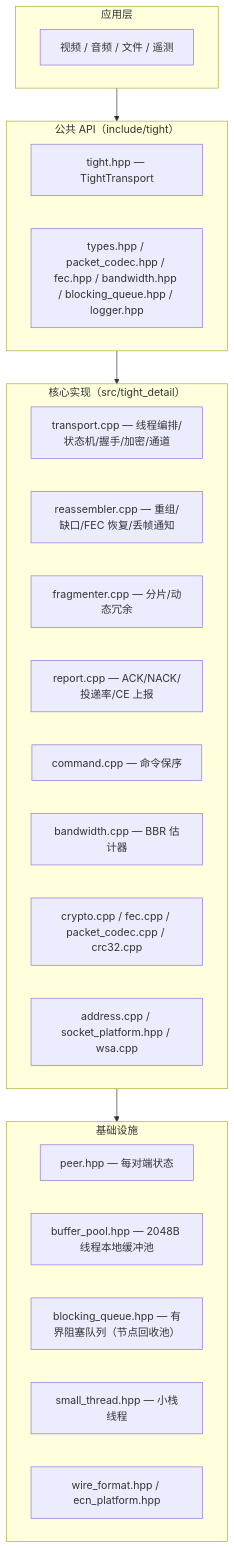
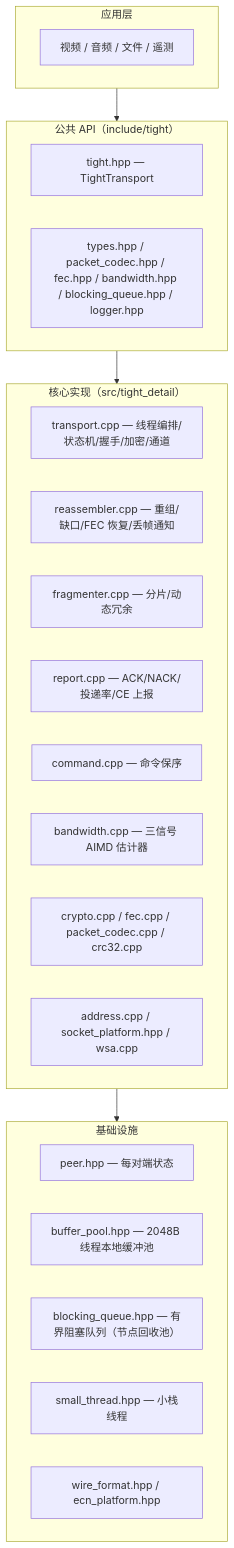
Before and after one commit to arrayforward/tight: the second of 13 diagrams in docs/tight_design.md, drawn with Mermaid. The commit also changed other lines of this file and 17 other files, not shown here.

````diff
--- a/docs/tight_design.md
+++ b/docs/tight_design.md
@@ -57,28 +57,28 @@
 ```mermaid
 flowchart TB
     subgraph App["应用层"]
         A1["视频 / 音频 / 文件 / 遥测"]
     end
     subgraph Pub["公共 API（include/tight）"]
         B1["tight.hpp — TightTransport"]
         B2["types.hpp / packet_codec.hpp / fec.hpp / bandwidth.hpp / blocking_queue.hpp / logger.hpp"]
     end
     subgraph Impl["核心实现（src/tight_detail）"]
         C1["transport.cpp — 线程编排/状态机/握手/加密/通道"]
         C2["reassembler.cpp — 重组/缺口/FEC 恢复/丢帧通知"]
         C3["fragmenter.cpp — 分片/动态冗余"]
         C4["report.cpp — ACK/NACK/投递率/CE 上报"]
         C5["command.cpp — 命令保序"]
-        C6["bandwidth.cpp — BBR 估计器"]
+        C6["bandwidth.cpp — 三信号 AIMD 估计器"]
         C7["crypto.cpp / fec.cpp / packet_codec.cpp / crc32.cpp"]
         C8["address.cpp / socket_platform.hpp / wsa.cpp"]
     end
     subgraph Infra["基础设施"]
         D1["peer.hpp — 每对端状态"]
         D2["buffer_pool.hpp — 2048B 线程本地缓冲池"]
         D3["blocking_queue.hpp — 有界阻塞队列（节点回收池）"]
         D4["small_thread.hpp — 小栈线程"]
         D5["wire_format.hpp / ecn_platform.hpp"]
     end
     App --> Pub --> Impl --> Infra
 ```
````
